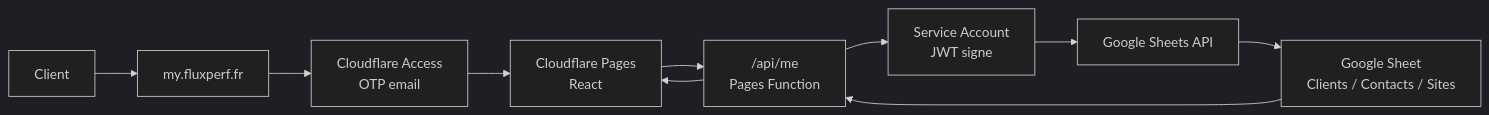
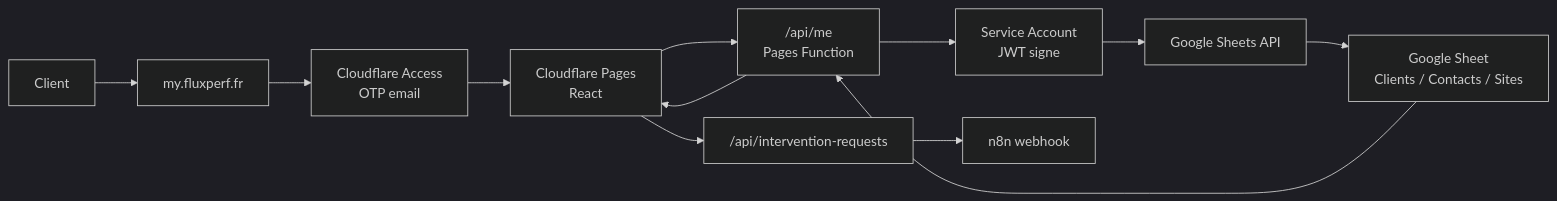
One commit to EXEDIGIT/my.fluxperf.fr changed the diagram in docs/architecture-my-fluxperf.md. Above: the diagram before and after it, drawn with Mermaid (dark theme). The commit also changed other lines of this file and 14 other files, not shown here.

Commit message:
Add native intervention request flow

````diff
--- a/docs/architecture-my-fluxperf.md
+++ b/docs/architecture-my-fluxperf.md
@@ -48,12 +50,14 @@
 ```mermaid
 flowchart LR
   U["Client"] --> D["my.fluxperf.fr"]
   D --> A["Cloudflare Access<br/>OTP email"]
   A --> P["Cloudflare Pages<br/>React"]
   P --> API["/api/me<br/>Pages Function"]
   API --> SA["Service Account<br/>JWT signe"]
   SA --> GS["Google Sheets API"]
   GS --> DB["Google Sheet<br/>Clients / Contacts / Sites"]
   DB --> API
   API --> P
+  P --> REQ["/api/intervention-requests"]
+  REQ --> N8N["n8n webhook"]
 ```
````
